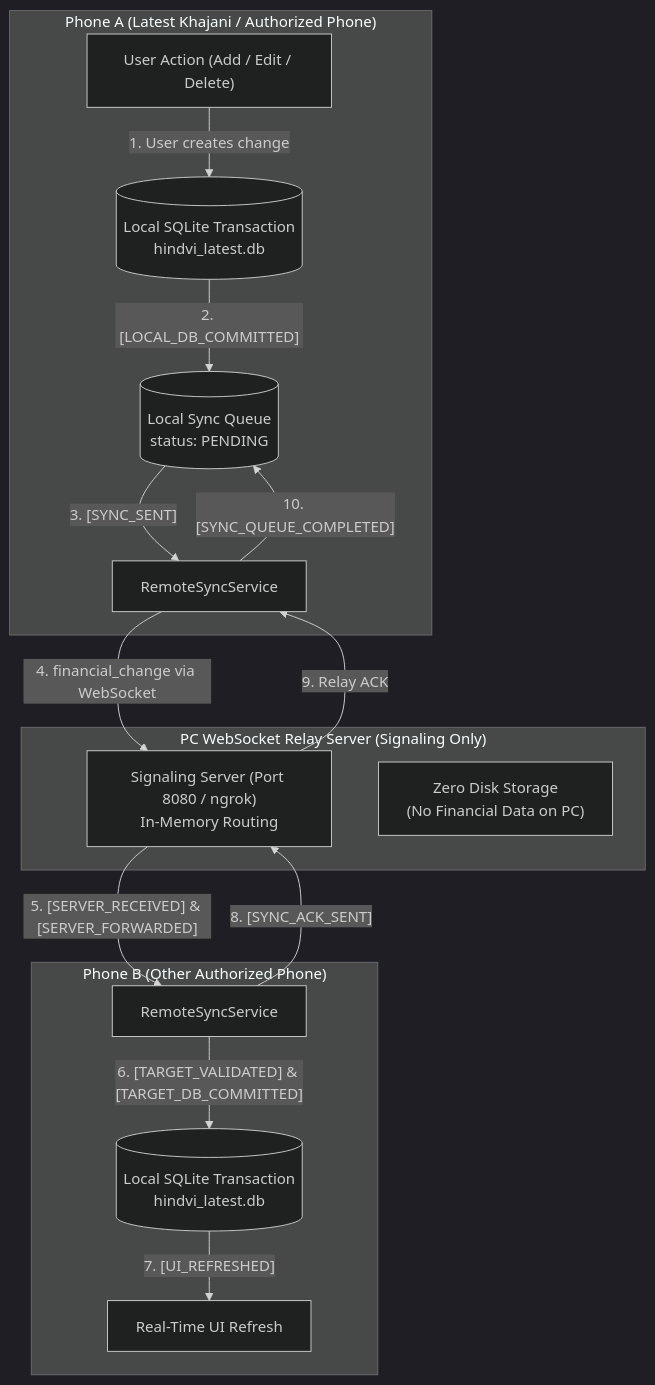
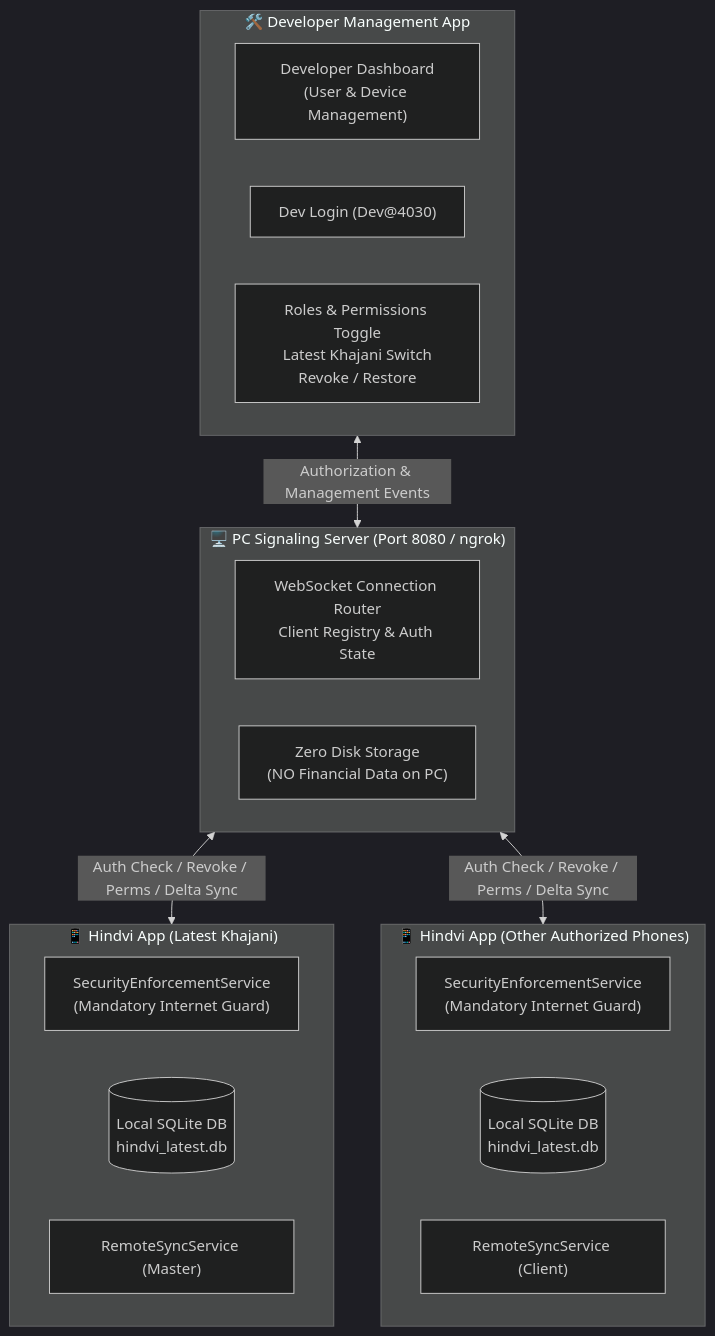
Before and after one commit to Sp-4030/Mandal-Management-App: the first of 3 diagrams in README.md, drawn with Mermaid (dark theme). The commit also changed other lines of this file and 137 other files, not shown here.

Commit message:
feat(security): enforce mandatory internet access, server authorization, instant revocation, and dual-app architecture

````diff
--- a/README.md
+++ b/README.md
@@ -32,32 +75,30 @@
 ```mermaid
 flowchart TD
-    subgraph PhoneA["Phone A (Latest Khajani / Authorized Phone)"]
-        A_UI["User Action (Add / Edit / Delete)"]
-        A_DB[("Local SQLite Transaction<br/>hindvi_latest.db")]
-        A_Queue[("Local Sync Queue<br/>status: PENDING")]
-        A_Sync["RemoteSyncService"]
+    subgraph DevApp["🛠️ Developer Management App"]
+        D_UI["Developer Dashboard<br/>(User & Device Management)"]
+        D_Auth["Dev Login (Dev@4030)"]
+        D_Roles["Roles & Permissions Toggle<br/>Latest Khajani Switch<br/>Revoke / Restore"]
     end
 
-    subgraph ServerRelay["PC WebSocket Relay Server (Signaling Only)"]
-        WS_Server["Signaling Server (Port 8080 / ngrok)<br/>In-Memory Routing"]
-        WS_Zero["Zero Disk Storage<br/>(No Financial Data on PC)"]
+    subgraph PCServer["🖥️ PC Signaling Server (Port 8080 / ngrok)"]
+        WS_Router["WebSocket Connection Router<br/>Client Registry & Auth State"]
+        WS_Zero["Zero Disk Storage<br/>(NO Financial Data on PC)"]
     end
 
-    subgraph PhoneB["Phone B (Other Authorized Phone)"]
-        B_Sync["RemoteSyncService"]
-        B_DB[("Local SQLite Transaction<br/>hindvi_latest.db")]
-        B_UI["Real-Time UI Refresh"]
+    subgraph HindviMaster["📱 Hindvi App (Latest Khajani)"]
+        M_Auth["SecurityEnforcementService<br/>(Mandatory Internet Guard)"]
+        M_DB[("Local SQLite DB<br/>hindvi_latest.db")]
+        M_Sync["RemoteSyncService (Master)"]
     end
 
-    %% Change Flow
-    A_UI -->|"1. User creates change"| A_DB
-    A_DB -->|"2. [LOCAL_DB_COMMITTED]"| A_Queue
-    A_Queue -->|"3. [SYNC_SENT]"| A_Sync
-    A_Sync -->|"4. financial_change via WebSocket"| WS_Server
-    WS_Server -->|"5. [SERVER_RECEIVED] & [SERVER_FORWARDED]"| B_Sync
-    B_Sync -->|"6. [TARGET_VALIDATED] & [TARGET_DB_COMMITTED]"| B_DB
-    B_DB -->|"7. [UI_REFRESHED]"| B_UI
-    B_Sync -->|"8. [SYNC_ACK_SENT]"| WS_Server
-    WS_Server -->|"9. Relay ACK"| A_Sync
-    A_Sync -->|"10. [SYNC_QUEUE_COMPLETED]"| A_Queue
+    subgraph HindviClient["📱 Hindvi App (Other Authorized Phones)"]
+        C_Auth["SecurityEnforcementService<br/>(Mandatory Internet Guard)"]
+        C_DB[("Local SQLite DB<br/>hindvi_latest.db")]
+        C_Sync["RemoteSyncService (Client)"]
+    end
+
+    %% Communication Links
+    DevApp <-->|"Authorization & Management Events"| PCServer
+    PCServer <-->|"Auth Check / Revoke / Perms / Delta Sync"| HindviMaster
+    PCServer <-->|"Auth Check / Revoke / Perms / Delta Sync"| HindviClient
 ```
````
